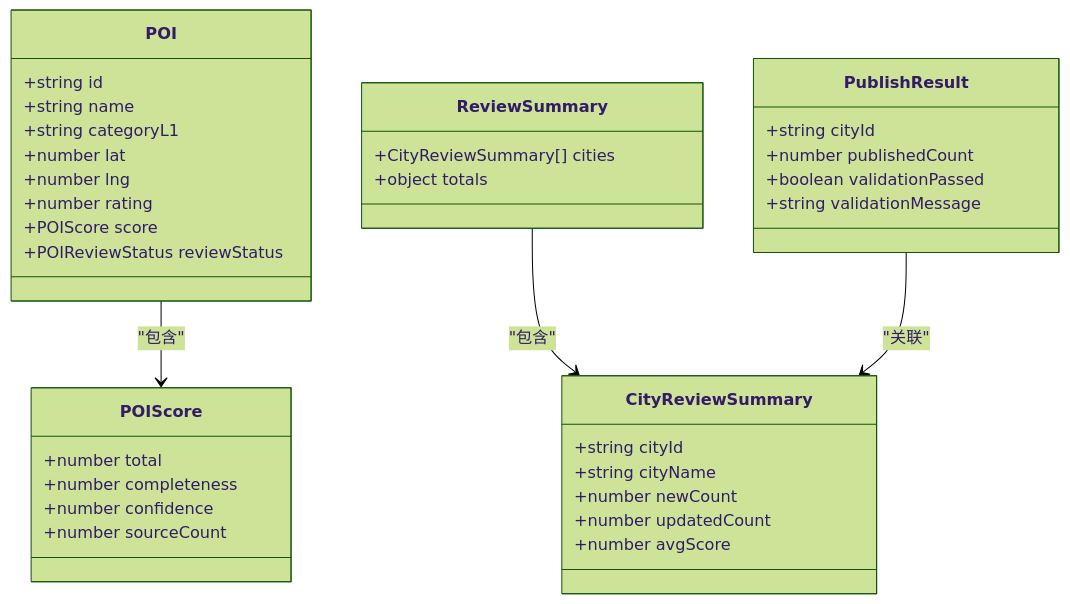
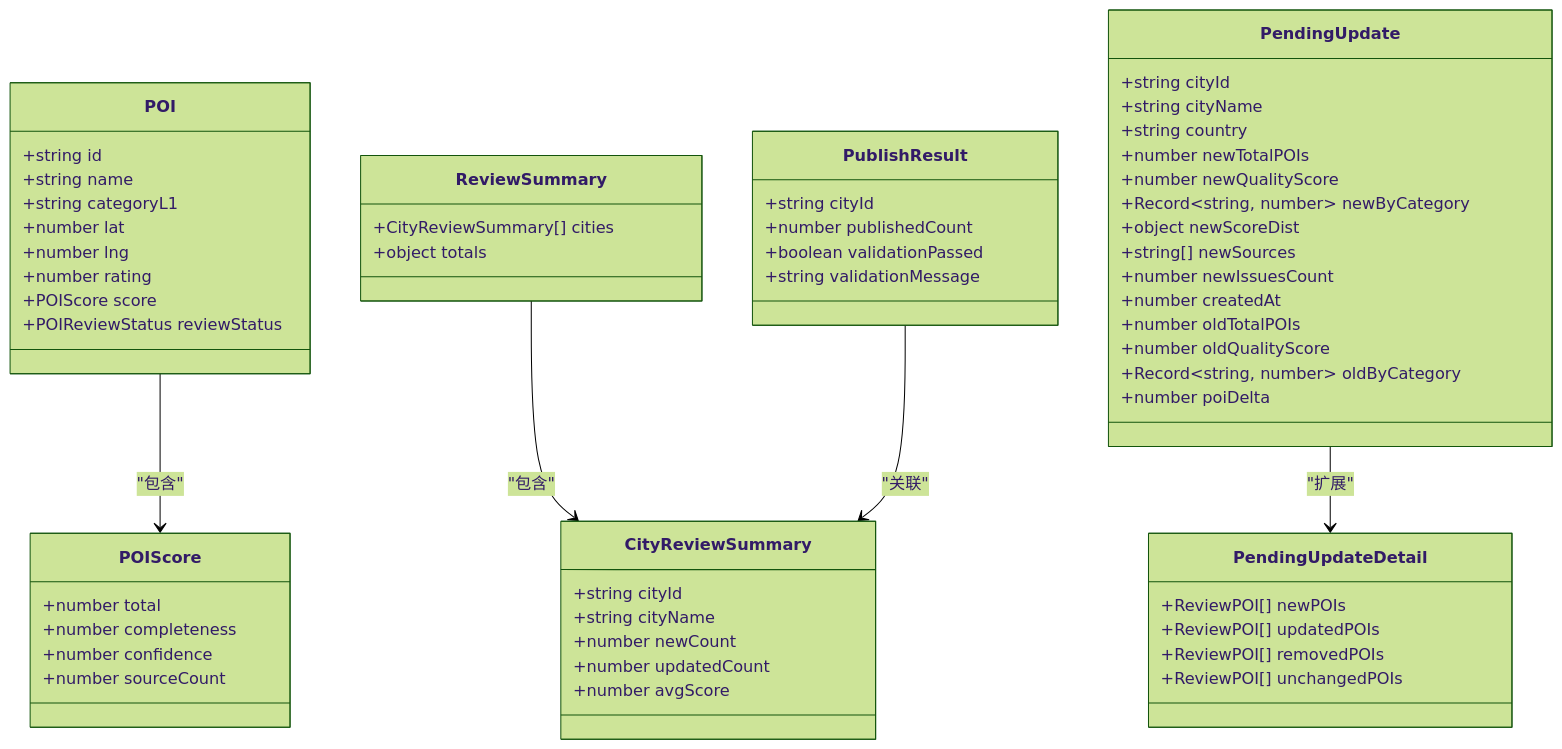
Before and after one commit to ititjjy/AITrip-plan: the eighth of 9 diagrams in .qoder/repowiki/zh/content/后台管理系统/后台管理系统.md, drawn with Mermaid (forest theme). The commit also changed other lines of this file and 25 other files, not shown here.

````diff
--- a/.qoder/repowiki/zh/content/后台管理系统/后台管理系统.md
+++ b/.qoder/repowiki/zh/content/后台管理系统/后台管理系统.md
@@ -342,39 +357,62 @@
 ```mermaid
 classDiagram
 class POI {
 +string id
 +string name
 +string categoryL1
 +number lat
 +number lng
 +number rating
 +POIScore score
 +POIReviewStatus reviewStatus
 }
 class POIScore {
 +number total
 +number completeness
 +number confidence
 +number sourceCount
 }
 class CityReviewSummary {
 +string cityId
 +string cityName
 +number newCount
 +number updatedCount
 +number avgScore
 }
 class ReviewSummary {
 +CityReviewSummary[] cities
 +object totals
 }
 class PublishResult {
 +string cityId
 +number publishedCount
 +boolean validationPassed
 +string validationMessage
 }
+class PendingUpdate {
++string cityId
++string cityName
++string country
++number newTotalPOIs
++number newQualityScore
++Record~string, number~ newByCategory
++object newScoreDist
++string[] newSources
++number newIssuesCount
++number createdAt
++number oldTotalPOIs
++number oldQualityScore
++Record~string, number~ oldByCategory
++number poiDelta
+}
+class PendingUpdateDetail {
++ReviewPOI[] newPOIs
++ReviewPOI[] updatedPOIs
++ReviewPOI[] removedPOIs
++ReviewPOI[] unchangedPOIs
+}
 POI --> POIScore : "包含"
 ReviewSummary --> CityReviewSummary : "包含"
 PublishResult --> CityReviewSummary : "关联"
+PendingUpdate --> PendingUpdateDetail : "扩展"
 ```
````
